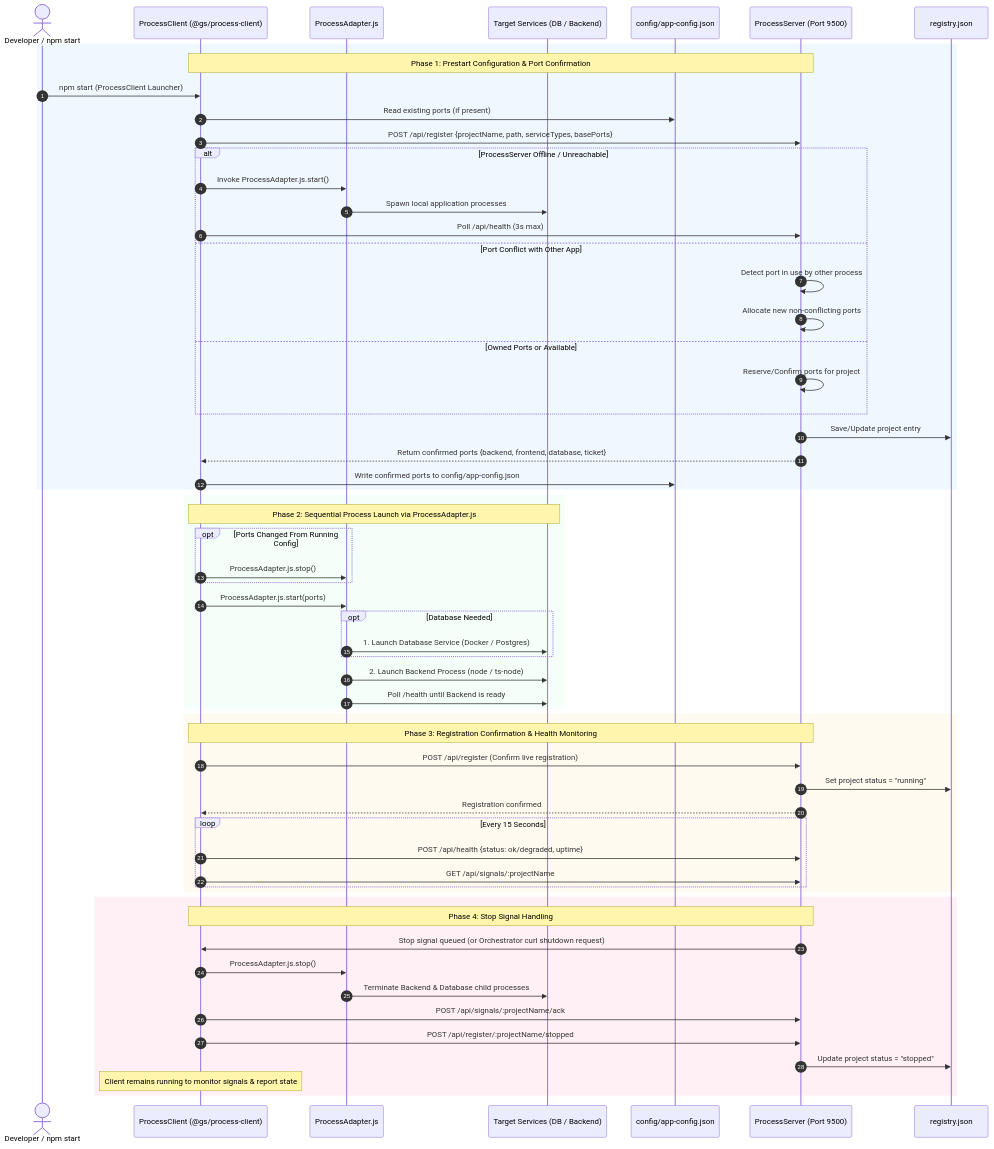
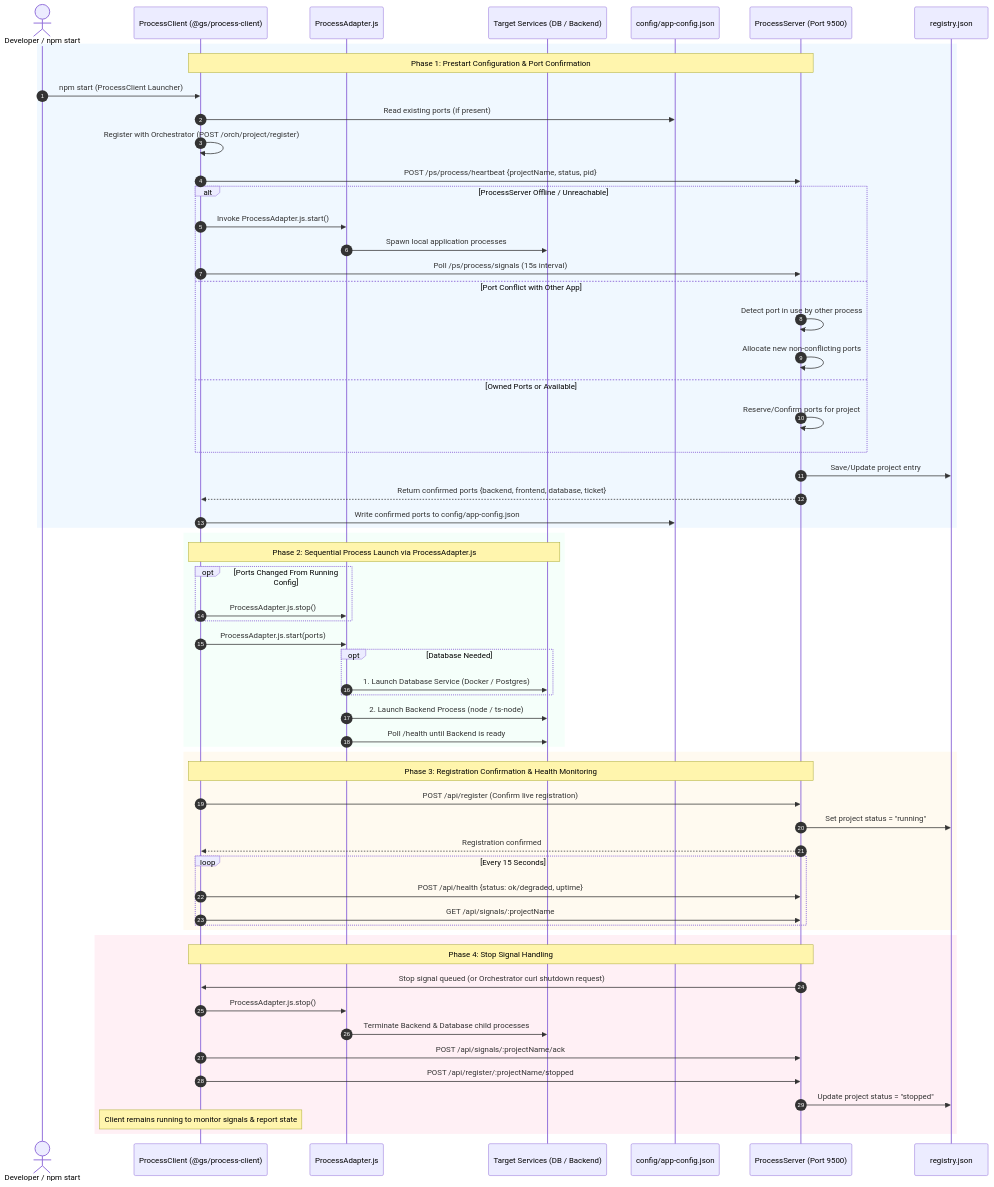
One commit to carltham/GS-Orchestrator changed the diagram in architecture/CLIENT_WORKFLOW.md. Above: the diagram before and after it, drawn with Mermaid. The commit also changed 32 other files, not shown here.

````diff
--- a/architecture/CLIENT_WORKFLOW.md
+++ b/architecture/CLIENT_WORKFLOW.md
@@ -5,76 +5,77 @@
 ```mermaid
 sequenceDiagram
     autonumber
     actor Dev as Developer / npm start
     participant Client as ProcessClient (@gs/process-client)
     participant Adapter as ProcessAdapter.js
     participant LocalApp as Target Services (DB / Backend)
     participant Config as config/app-config.json
     participant Server as ProcessServer (Port 9500)
     participant Reg as registry.json
 
     %% Phase 1: Prestart & Port Confirmation
     rect rgb(240, 248, 255)
         note over Client, Server: Phase 1: Prestart Configuration & Port Confirmation
         Dev->>Client: npm start (ProcessClient Launcher)
         Client->>Config: Read existing ports (if present)
-        Client->>Server: POST /api/register {projectName, path, serviceTypes, basePorts}
+        Client->>Client: Register with Orchestrator (POST /orch/project/register)
+        Client->>Server: POST /ps/process/heartbeat {projectName, status, pid}
         
         alt ProcessServer Offline / Unreachable
             Client->>Adapter: Invoke ProcessAdapter.js.start()
             Adapter->>LocalApp: Spawn local application processes
-            Client->>Server: Poll /api/health (3s max)
+            Client->>Server: Poll /ps/process/signals (15s interval)
         else Port Conflict with Other App
             Server->>Server: Detect port in use by other process
             Server->>Server: Allocate new non-conflicting ports
         else Owned Ports or Available
             Server->>Server: Reserve/Confirm ports for project
         end
         
         Server->>Reg: Save/Update project entry
         Server-->>Client: Return confirmed ports {backend, frontend, database, ticket}
         Client->>Config: Write confirmed ports to config/app-config.json
     end
 
     %% Phase 2: Sequential Startup via ProcessAdapter.js
     rect rgb(245, 255, 250)
         note over Client, LocalApp: Phase 2: Sequential Process Launch via ProcessAdapter.js
         opt Ports Changed From Running Config
             Client->>Adapter: ProcessAdapter.js.stop()
         end
         
         Client->>Adapter: ProcessAdapter.js.start(ports)
         
         opt Database Needed
             Adapter->>LocalApp: 1. Launch Database Service (Docker / Postgres)
         end
         
         Adapter->>LocalApp: 2. Launch Backend Process (node / ts-node)
         Adapter->>LocalApp: Poll /health until Backend is ready
     end
 
     %% Phase 3: Registration Confirmation & Heartbeat
     rect rgb(255, 250, 240)
         note over Client, Server: Phase 3: Registration Confirmation & Health Monitoring
         Client->>Server: POST /api/register (Confirm live registration)
         Server->>Reg: Set project status = "running"
         Server-->>Client: Registration confirmed
         
         loop Every 15 Seconds
             Client->>Server: POST /api/health {status: ok/degraded, uptime}
             Client->>Server: GET /api/signals/:projectName
         end
     end
 
     %% Phase 4: Stop & Shutdown Signal Handling
     rect rgb(255, 240, 245)
         note over Client, Server: Phase 4: Stop Signal Handling
         Server->>Client: Stop signal queued (or Orchestrator curl shutdown request)
         Client->>Adapter: ProcessAdapter.js.stop()
         Adapter->>LocalApp: Terminate Backend & Database child processes
         Client->>Server: POST /api/signals/:projectName/ack
         Client->>Server: POST /api/register/:projectName/stopped
         Server->>Reg: Update project status = "stopped"
         note over Client: Client remains running to monitor signals & report state
     end
 ```
````
